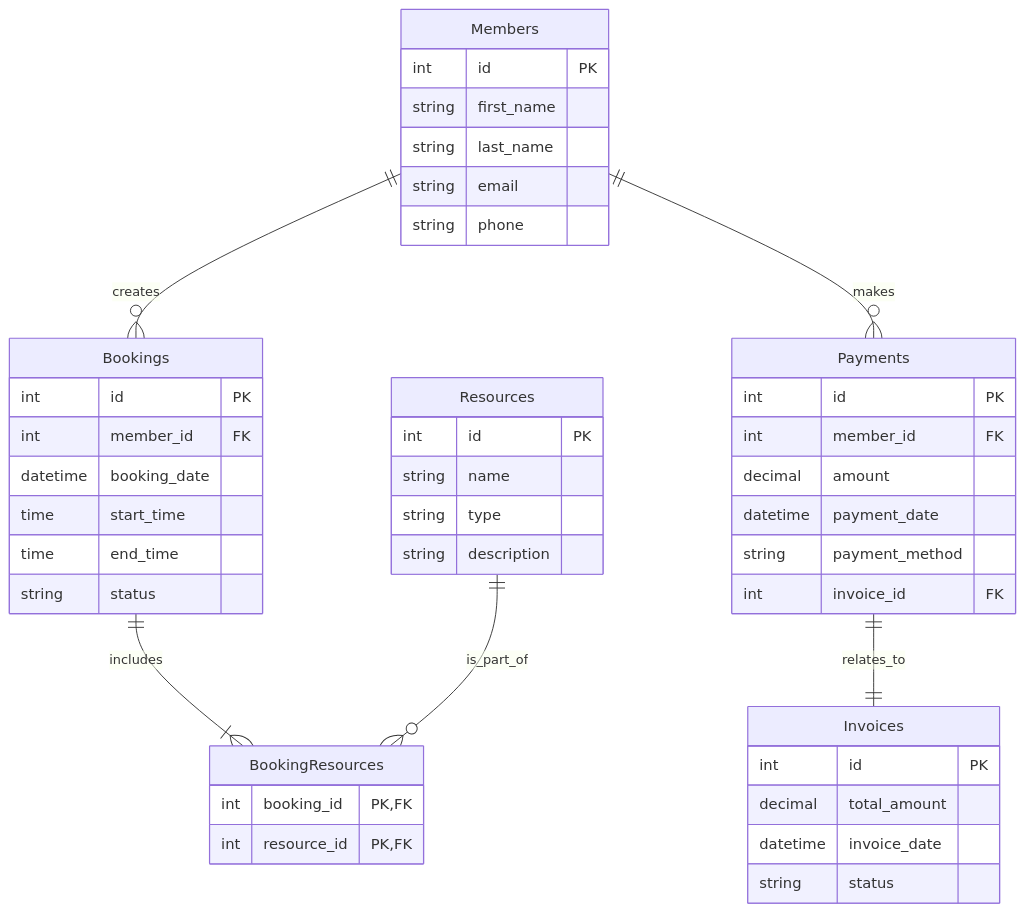
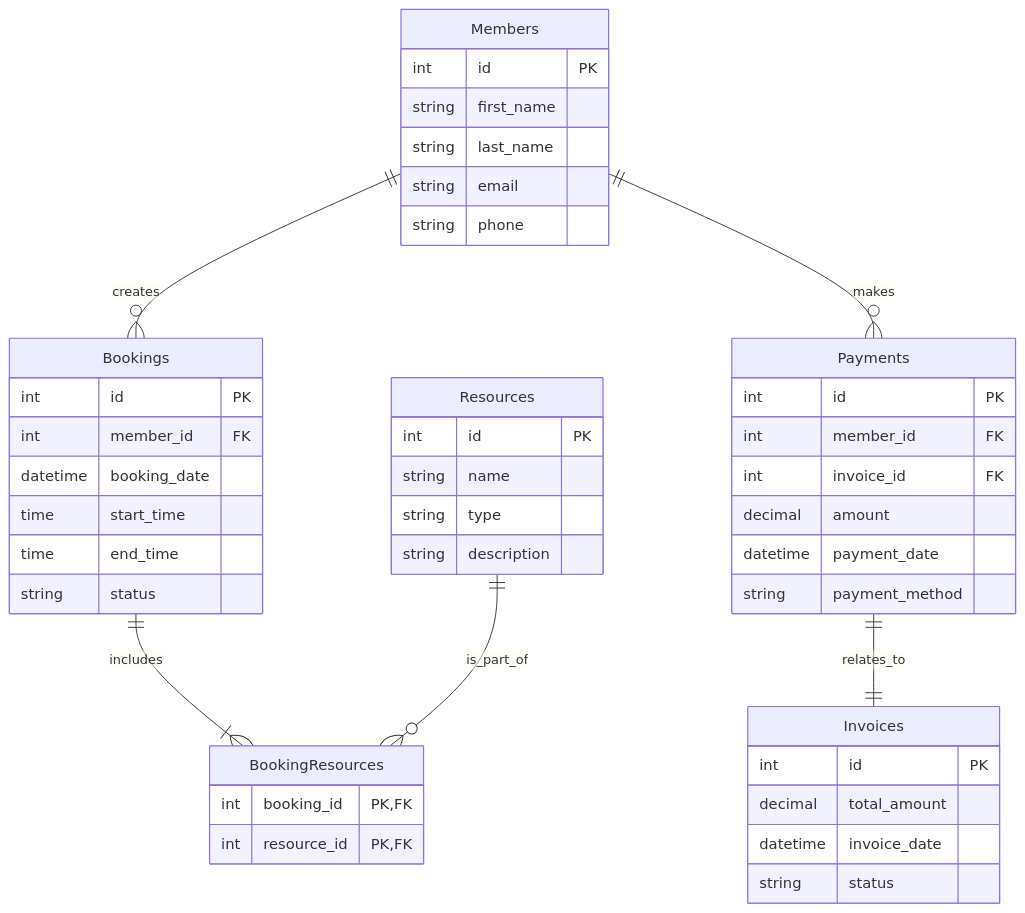
Before and after one commit to angelogalantiscuola/2425_5M: the diagram in exams/v3/soluzione.md, drawn with Mermaid. The commit also changed other lines of this file and 3 other files, not shown here.

Commit message:
Update database schema documentation and add exercise details for gym management system

````diff
--- a/exams/v3/soluzione.md
+++ b/exams/v3/soluzione.md
@@ -64,48 +64,48 @@
 ```mermaid
 erDiagram
     Members {
         int id PK
         string first_name
         string last_name
         string email
         string phone
     }
     Resources {
         int id PK
         string name
         string type
         string description
     }
     Bookings {
         int id PK
         int member_id FK
         datetime booking_date
         time start_time
         time end_time
         string status
     }
     BookingResources {
         int booking_id PK,FK
         int resource_id PK,FK
     }
     Payments {
         int id PK
         int member_id FK
+        int invoice_id FK
         decimal amount
         datetime payment_date
         string payment_method
-        int invoice_id FK
     }
     Invoices {
         int id PK
         decimal total_amount
         datetime invoice_date
         string status
     }
 
     Members ||--o{ Bookings : creates
     Bookings ||--|{ BookingResources : includes
     Resources ||--o{ BookingResources : is_part_of
     Members ||--o{ Payments : makes
     Payments ||--|| Invoices : relates_to
 ```
````
